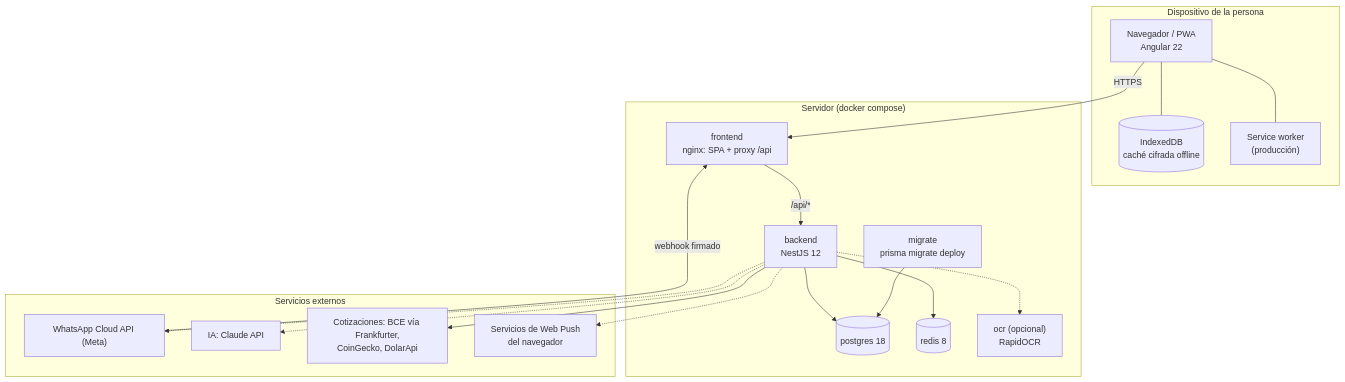
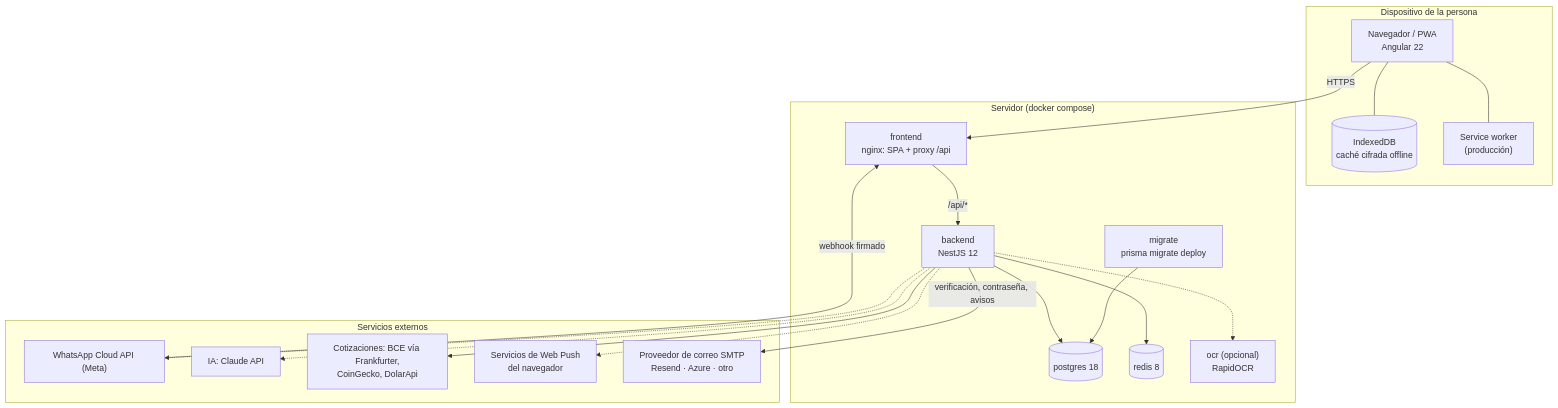
The first of 10 diagrams in docs/arquitectura.md (dotforeach/commit), drawn with Mermaid before and after one commit. The commit also changed other lines of this file and 7 other files, not shown here.

First line of the commit message:
Documentación: correo y ciclo de la cuenta en diagramas

````diff
--- a/docs/arquitectura.md
+++ b/docs/arquitectura.md
@@ -9,38 +9,40 @@
 ```mermaid
 flowchart TB
     subgraph Cliente["Dispositivo de la persona"]
         BR["Navegador / PWA<br/>Angular 22"]
         IDB[("IndexedDB<br/>caché cifrada offline")]
         SW["Service worker<br/>(producción)"]
         BR --- IDB
         BR --- SW
     end
 
     subgraph Servidor["Servidor (docker compose)"]
         NG["frontend<br/>nginx: SPA + proxy /api"]
         BE["backend<br/>NestJS 12"]
         MG["migrate<br/>prisma migrate deploy"]
         PG[("postgres 18")]
         RD[("redis 8")]
         OCR["ocr (opcional)<br/>RapidOCR"]
     end
 
     subgraph Externos["Servicios externos"]
         META["WhatsApp Cloud API (Meta)"]
         AI["IA: Claude API"]
         FX["Cotizaciones: BCE vía Frankfurter,<br/>CoinGecko, DolarApi"]
         PUSH["Servicios de Web Push<br/>del navegador"]
+        SMTP["Proveedor de correo SMTP<br/>Resend · Azure · otro"]
     end
 
     BR -->|HTTPS| NG
     NG -->|/api/*| BE
     MG --> PG
     BE --> PG
     BE --> RD
     BE -.-> OCR
     META -->|webhook firmado| NG
     BE -.-> META
     BE -.-> AI
     BE --> FX
     BE -.-> PUSH
+    BE -->|verificación, contraseña, avisos| SMTP
 ```
````
